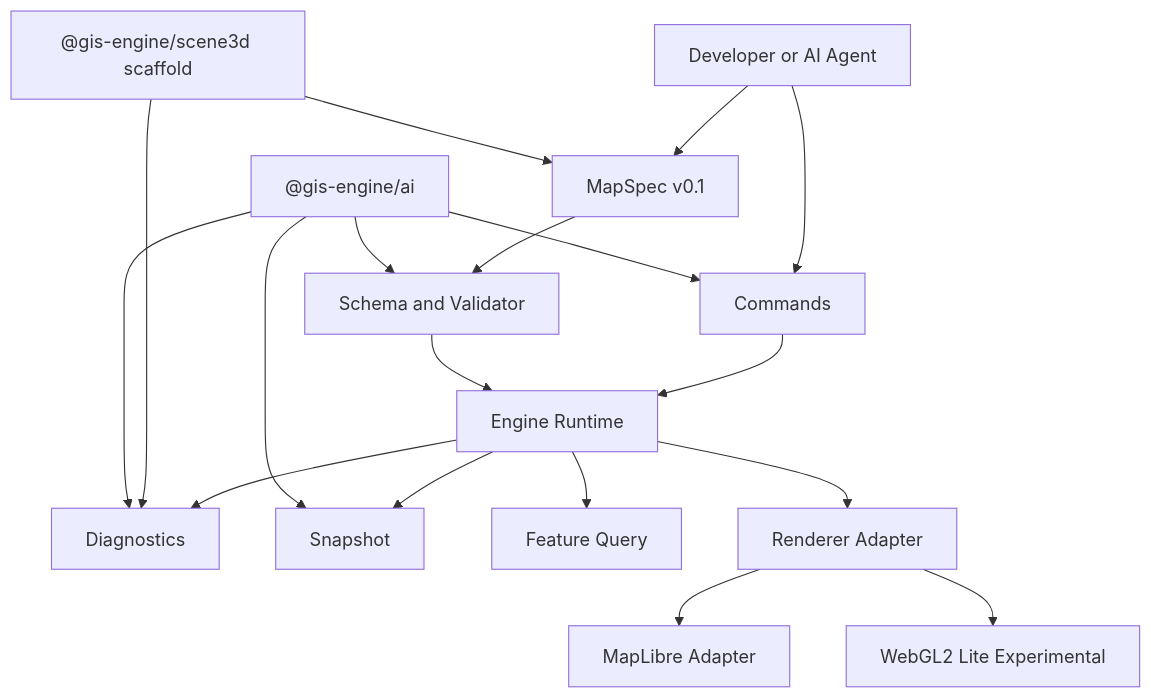
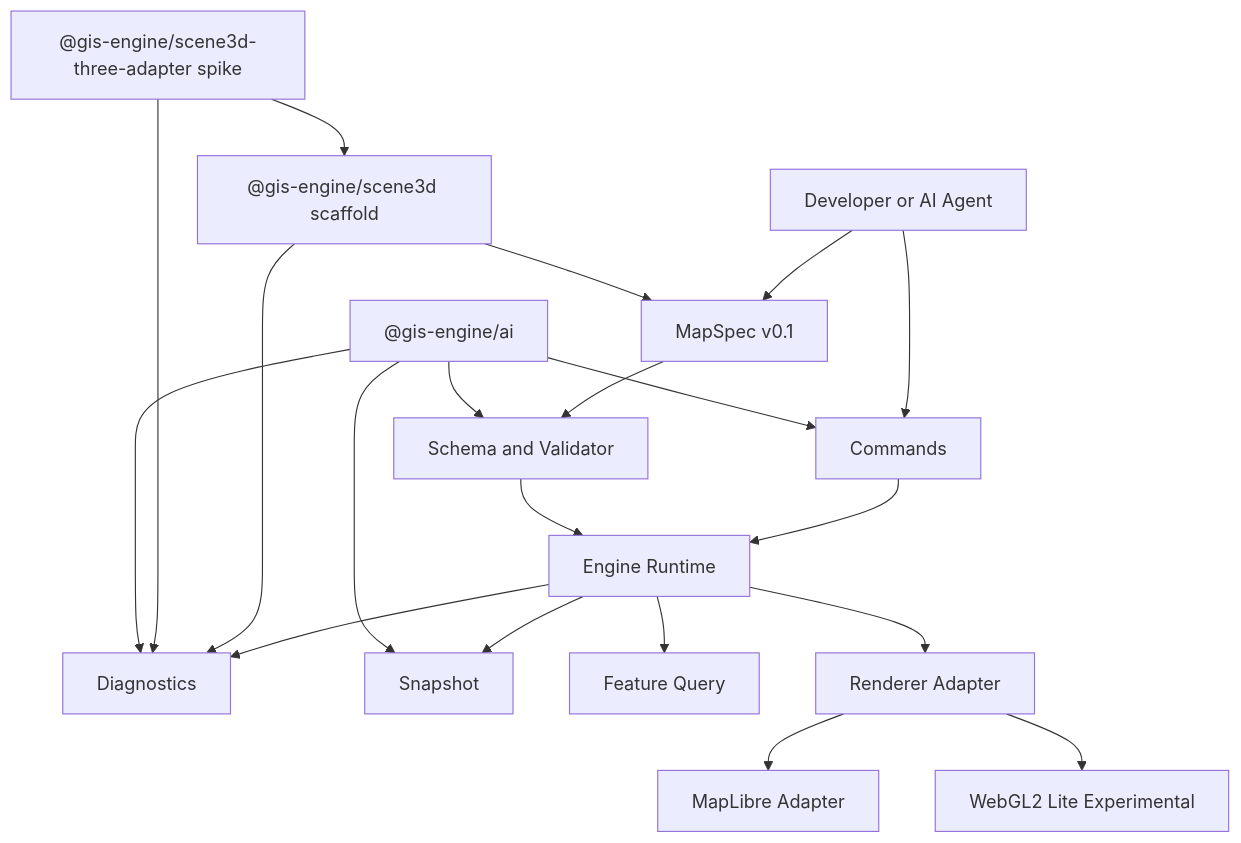
The diagram in docs/architecture/core-framework.md (HYNCM/gis-engine), drawn with Mermaid before and after one commit. The commit also changed other lines of this file and 18 other files, not shown here.

Commit message:
feat: add scene3d three adapter spike

````diff
--- a/docs/architecture/core-framework.md
+++ b/docs/architecture/core-framework.md
@@ -75,20 +76,22 @@
 ```mermaid
 flowchart TD
   User["Developer or AI Agent"] --> Spec["MapSpec v0.1"]
   User --> Commands["Commands"]
   Spec --> Validator["Schema and Validator"]
   Commands --> Runtime["Engine Runtime"]
   Validator --> Runtime
   Runtime --> Diagnostics["Diagnostics"]
   Runtime --> Snapshot["Snapshot"]
   Runtime --> Query["Feature Query"]
   Runtime --> RendererAdapter["Renderer Adapter"]
   RendererAdapter --> MapLibre["MapLibre Adapter"]
   RendererAdapter --> WebGL2Lite["WebGL2 Lite Experimental"]
   Scene3D["@gis-engine/scene3d scaffold"] --> Spec
   Scene3D --> Diagnostics
+  Scene3DThree["@gis-engine/scene3d-three-adapter spike"] --> Scene3D
+  Scene3DThree --> Diagnostics
   AI["@gis-engine/ai"] --> Validator
   AI --> Commands
   AI --> Diagnostics
   AI --> Snapshot
 ```
````
